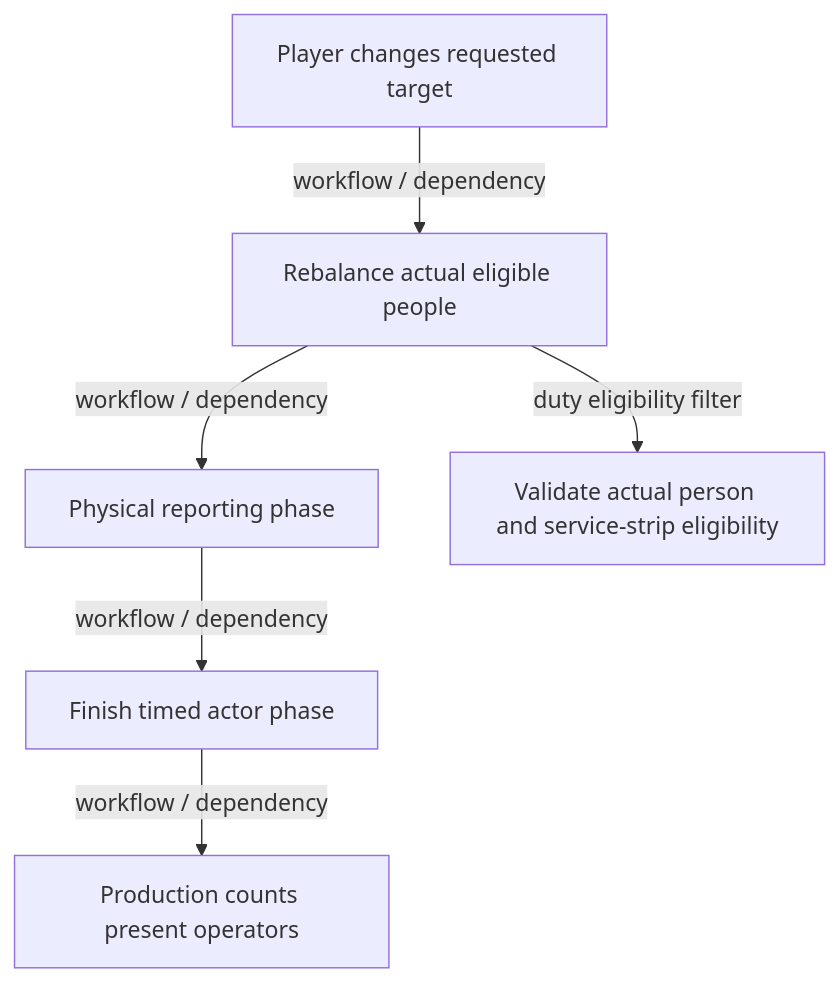
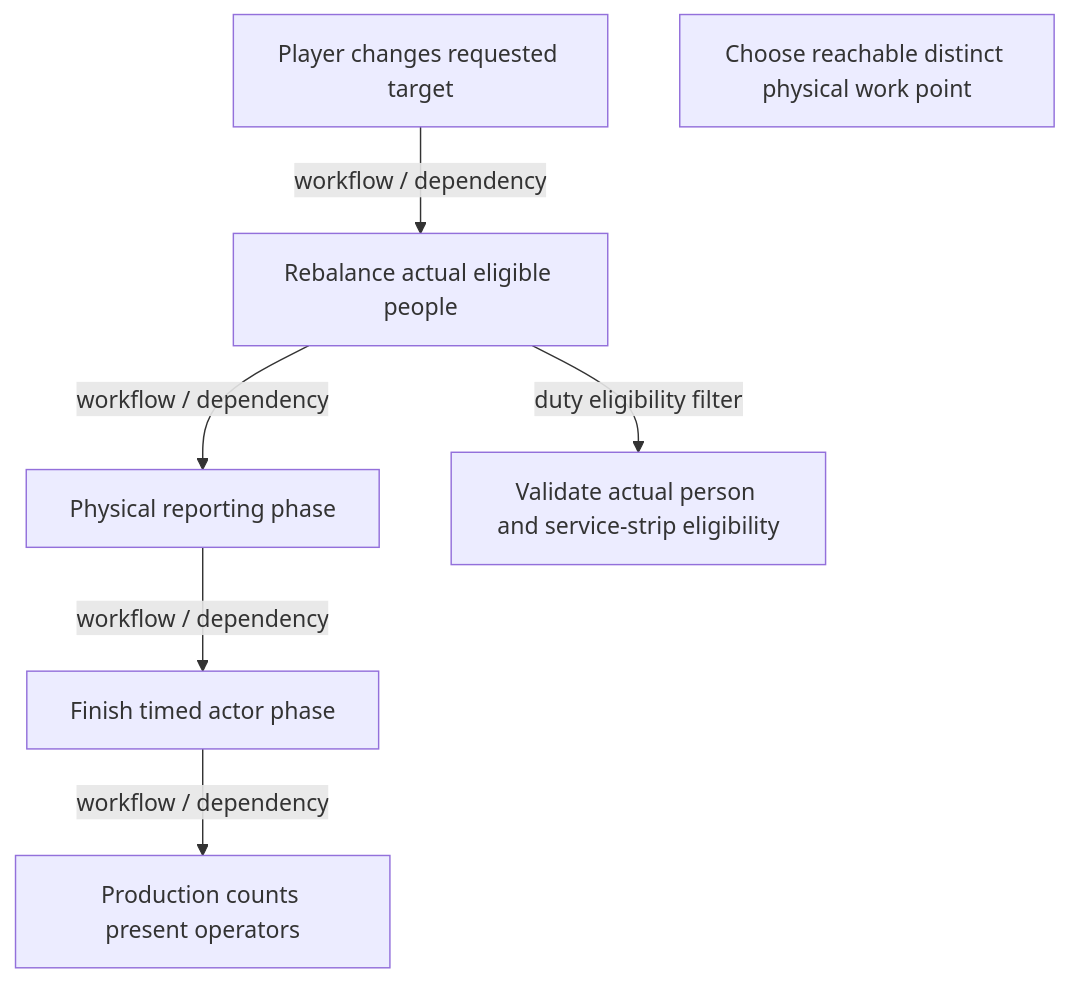
The sixth of 50 diagrams in docs/system_atlas.md (TheInfinityIQ/Trencho_V4), drawn with Mermaid before and after one commit. The commit also changed other lines of this file and 24 other files, not shown here.

````diff
--- a/docs/system_atlas.md
+++ b/docs/system_atlas.md
@@ -241,14 +244,15 @@
 ```mermaid
 flowchart TD
     n0["Player changes requested target"]
     n1["Rebalance actual eligible people"]
     n2["Physical reporting phase"]
     n3["Finish timed actor phase"]
     n4["Production counts present operators"]
     n5["Validate actual person and service-strip eligibility"]
+    work_points["Choose reachable distinct physical work point"]
     n0 -->|"workflow / dependency"| n1
     n1 -->|"workflow / dependency"| n2
     n2 -->|"workflow / dependency"| n3
     n3 -->|"workflow / dependency"| n4
     n1 -->|"duty eligibility filter"| n5
 ```
````
